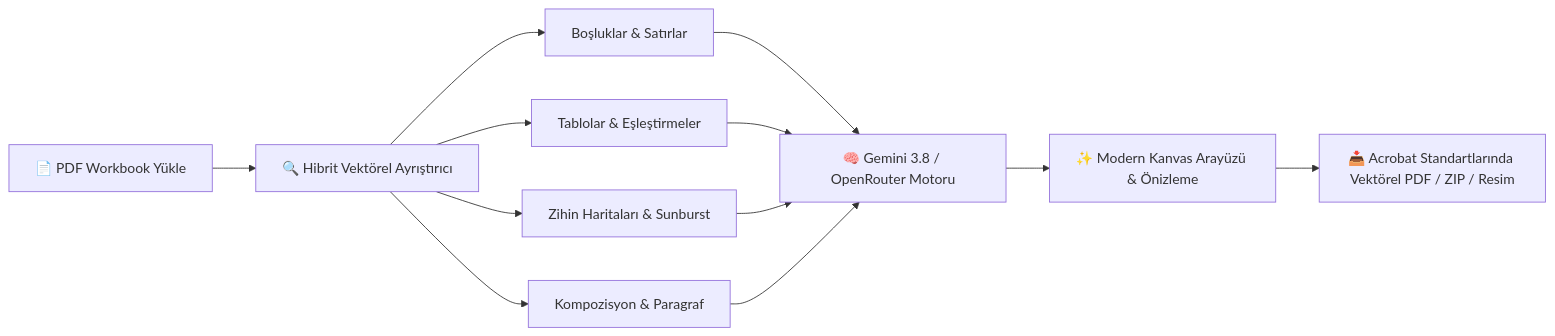
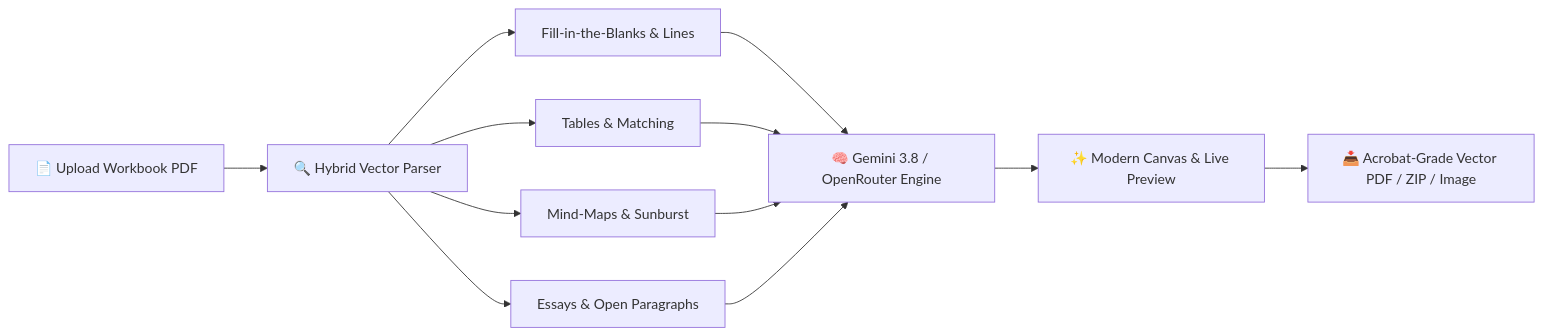
Before and after one commit to Rel0adediso/Prepmate-PDF: the diagram in README.md, drawn with Mermaid. The commit also changed other lines of this file and 4 other files, not shown here.

````diff
--- a/README.md
+++ b/README.md
@@ -65,11 +68,11 @@
 ```mermaid
 flowchart LR
-    A["📄 PDF Workbook Yükle"] --> B["🔍 Hibrit Vektörel Ayrıştırıcı"]
-    B --> C1["Boşluklar & Satırlar"]
-    B --> C2["Tablolar & Eşleştirmeler"]
-    B --> C3["Zihin Haritaları & Sunburst"]
-    B --> C4["Kompozisyon & Paragraf"]
-    C1 & C2 & C3 & C4 --> D["🧠 Gemini 3.8 / OpenRouter Motoru"]
-    D --> E["✨ Modern Kanvas Arayüzü & Önizleme"]
-    E --> F["📥 Acrobat Standartlarında Vektörel PDF / ZIP / Resim"]
+    A["📄 Upload Workbook PDF"] --> B["🔍 Hybrid Vector Parser"]
+    B --> C1["Fill-in-the-Blanks & Lines"]
+    B --> C2["Tables & Matching"]
+    B --> C3["Mind-Maps & Sunburst"]
+    B --> C4["Essays & Open Paragraphs"]
+    C1 & C2 & C3 & C4 --> D["🧠 Gemini 3.8 / OpenRouter Engine"]
+    D --> E["✨ Modern Canvas & Live Preview"]
+    E --> F["📥 Acrobat-Grade Vector PDF / ZIP / Image"]
 ```
````
